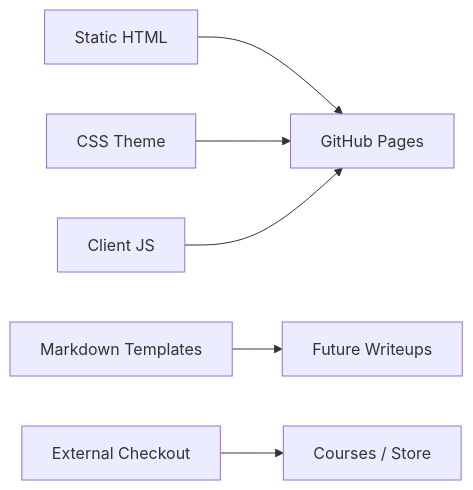
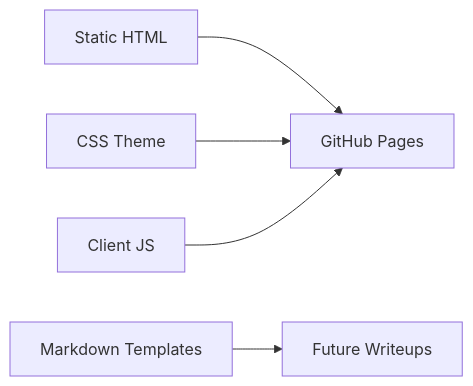
One commit to AhmedQazafy/AhmedQazafy.github.io changed the diagram in README.md. Above: the diagram before and after it, drawn with Mermaid. The commit also changed other lines of this file and 1 other file, not shown here.

````diff
--- a/README.md
+++ b/README.md
@@ -34,8 +32,7 @@
 ```mermaid
 flowchart LR
   A["Static HTML"] --> D["GitHub Pages"]
   B["CSS Theme"] --> D
   C["Client JS"] --> D
   E["Markdown Templates"] --> F["Future Writeups"]
-  G["External Checkout"] --> H["Courses / Store"]
 ```
````
